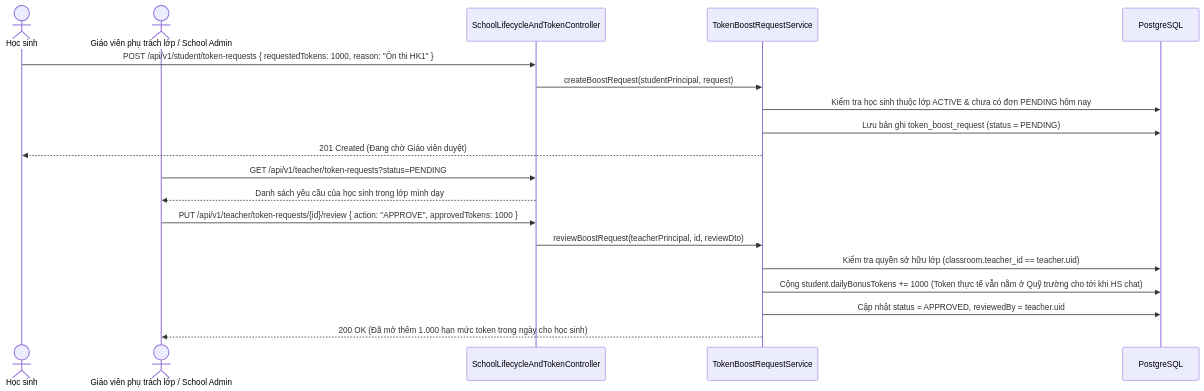
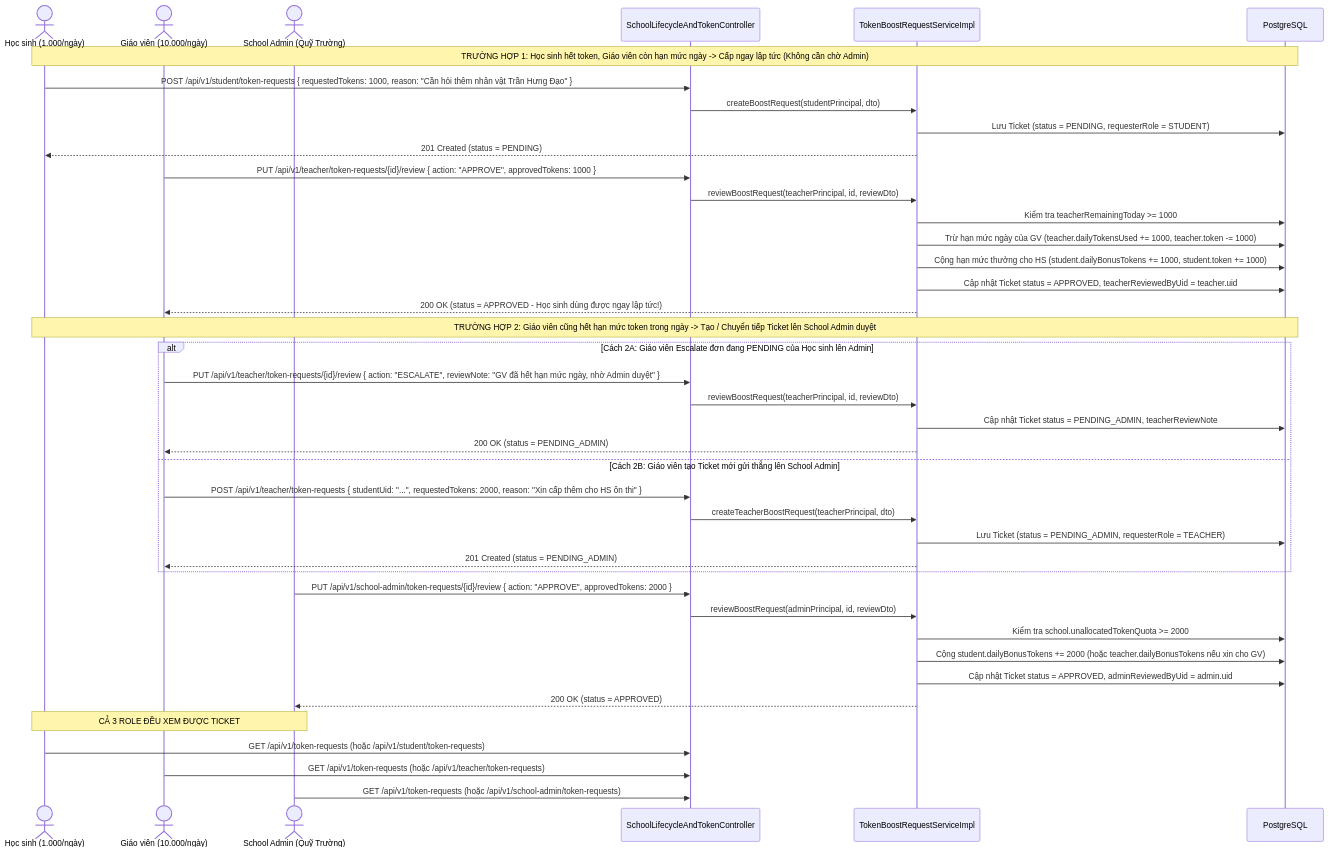
One commit to DinhTQSE/Capstone_FinalProject_HistoryTalk changed the third of 4 diagrams in docs/sprints/sprint_7/business_flows/school_subscription_daily_token_and_lifecycle_flow.md. Above: the diagram before and after it, drawn with Mermaid. The commit also changed other lines of this file and 4 other files, not shown here.

Commit message:
[History-tell][SPRINT-7] update sprint 7 documentation for teacher token workflow and media upload

````diff
--- a/docs/sprints/sprint_7/business_flows/school_subscription_daily_token_and_lifecycle_flow.md
+++ b/docs/sprints/sprint_7/business_flows/school_subscription_daily_token_and_lifecycle_flow.md
@@ -120,24 +87,48 @@
 ```mermaid
 sequenceDiagram
-    actor Student as Học sinh
-    actor Teacher as Giáo viên phụ trách lớp / School Admin
+    actor Student as Học sinh (1.000/ngày)
+    actor Teacher as Giáo viên (10.000/ngày)
+    actor Admin as School Admin (Quỹ Trường)
     participant API as SchoolLifecycleAndTokenController
-    participant Svc as TokenBoostRequestService
+    participant Svc as TokenBoostRequestServiceImpl
     participant DB as PostgreSQL
 
-    Student->>API: POST /api/v1/student/token-requests { requestedTokens: 1000, reason: "Ôn thi HK1" }
-    API->>Svc: createBoostRequest(studentPrincipal, request)
-    Svc->>DB: Kiểm tra học sinh thuộc lớp ACTIVE & chưa có đơn PENDING hôm nay
-    Svc->>DB: Lưu bản ghi token_boost_request (status = PENDING)
-    Svc-->>Student: 201 Created (Đang chờ Giáo viên duyệt)
-
-    Teacher->>API: GET /api/v1/teacher/token-requests?status=PENDING
-    API-->>Teacher: Danh sách yêu cầu của học sinh trong lớp mình dạy
+    Note over Student,DB: TRƯỜNG HỢP 1: Học sinh hết token, Giáo viên còn hạn mức ngày -> Cấp ngay lập tức (Không cần chờ Admin)
+    Student->>API: POST /api/v1/student/token-requests { requestedTokens: 1000, reason: "Cần hỏi thêm nhân vật Trần Hưng Đạo" }
+    API->>Svc: createBoostRequest(studentPrincipal, dto)
+    Svc->>DB: Lưu Ticket (status = PENDING, requesterRole = STUDENT)
+    Svc-->>Student: 201 Created (status = PENDING)
 
     Teacher->>API: PUT /api/v1/teacher/token-requests/{id}/review { action: "APPROVE", approvedTokens: 1000 }
     API->>Svc: reviewBoostRequest(teacherPrincipal, id, reviewDto)
-    Svc->>DB: Kiểm tra quyền sở hữu lớp (classroom.teacher_id == teacher.uid)
-    Svc->>DB: Cộng student.dailyBonusTokens += 1000 (Token thực tế vẫn nằm ở Quỹ trường cho tới khi HS chat)
-    Svc->>DB: Cập nhật status = APPROVED, reviewedBy = teacher.uid
-    Svc-->>Teacher: 200 OK (Đã mở thêm 1.000 hạn mức token trong ngày cho học sinh)
+    Svc->>DB: Kiểm tra teacherRemainingToday >= 1000
+    Svc->>DB: Trừ hạn mức ngày của GV (teacher.dailyTokensUsed += 1000, teacher.token -= 1000)
+    Svc->>DB: Cộng hạn mức thưởng cho HS (student.dailyBonusTokens += 1000, student.token += 1000)
+    Svc->>DB: Cập nhật Ticket status = APPROVED, teacherReviewedByUid = teacher.uid
+    Svc-->>Teacher: 200 OK (status = APPROVED - Học sinh dùng được ngay lập tức!)
+
+    Note over Student,DB: TRƯỜNG HỢP 2: Giáo viên cũng hết hạn mức token trong ngày -> Tạo / Chuyển tiếp Ticket lên School Admin duyệt
+    alt Cách 2A: Giáo viên Escalate đơn đang PENDING của Học sinh lên Admin
+        Teacher->>API: PUT /api/v1/teacher/token-requests/{id}/review { action: "ESCALATE", reviewNote: "GV đã hết hạn mức ngày, nhờ Admin duyệt" }
+        API->>Svc: reviewBoostRequest(teacherPrincipal, id, reviewDto)
+        Svc->>DB: Cập nhật Ticket status = PENDING_ADMIN, teacherReviewNote
+        Svc-->>Teacher: 200 OK (status = PENDING_ADMIN)
+    else Cách 2B: Giáo viên tạo Ticket mới gửi thẳng lên School Admin
+        Teacher->>API: POST /api/v1/teacher/token-requests { studentUid: "...", requestedTokens: 2000, reason: "Xin cấp thêm cho HS ôn thi" }
+        API->>Svc: createTeacherBoostRequest(teacherPrincipal, dto)
+        Svc->>DB: Lưu Ticket (status = PENDING_ADMIN, requesterRole = TEACHER)
+        Svc-->>Teacher: 201 Created (status = PENDING_ADMIN)
+    end
+
+    Admin->>API: PUT /api/v1/school-admin/token-requests/{id}/review { action: "APPROVE", approvedTokens: 2000 }
+    API->>Svc: reviewBoostRequest(adminPrincipal, id, reviewDto)
+    Svc->>DB: Kiểm tra school.unallocatedTokenQuota >= 2000
+    Svc->>DB: Cộng student.dailyBonusTokens += 2000 (hoặc teacher.dailyBonusTokens nếu xin cho GV)
+    Svc->>DB: Cập nhật Ticket status = APPROVED, adminReviewedByUid = admin.uid
+    Svc-->>Admin: 200 OK (status = APPROVED)
+
+    Note over Student,Admin: CẢ 3 ROLE ĐỀU XEM ĐƯỢC TICKET
+    Student->>API: GET /api/v1/token-requests (hoặc /api/v1/student/token-requests)
+    Teacher->>API: GET /api/v1/token-requests (hoặc /api/v1/teacher/token-requests)
+    Admin->>API: GET /api/v1/token-requests (hoặc /api/v1/school-admin/token-requests)
 ```
````
